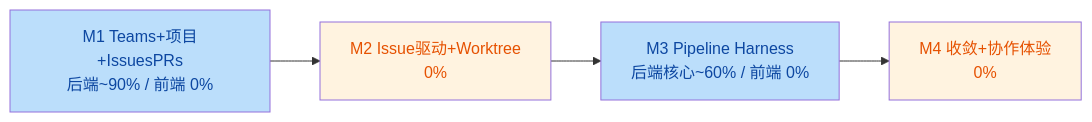
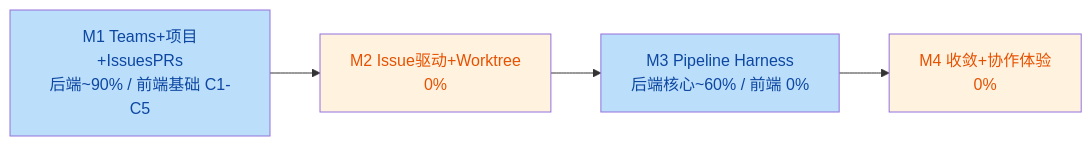
The diagram in docs/team-collaboration/PROGRESS.md (DarwinWDEWEN/rx-cli), drawn with Mermaid before and after one commit. The commit also changed other lines of this file, not shown here.

````diff
--- a/docs/team-collaboration/PROGRESS.md
+++ b/docs/team-collaboration/PROGRESS.md
@@ -10,10 +10,10 @@
 ```mermaid
 flowchart LR
-    M1[M1 Teams+项目+IssuesPRs<br/>后端~90% / 前端 0%] --> M2[M2 Issue驱动+Worktree<br/>0%]
+    M1[M1 Teams+项目+IssuesPRs<br/>后端~90% / 前端基础 C1-C5] --> M2[M2 Issue驱动+Worktree<br/>0%]
     M2 --> M3[M3 Pipeline Harness<br/>后端核心~60% / 前端 0%]
     M3 --> M4[M4 收敛+协作体验<br/>0%]
     style M1 fill:#bbdefb,color:#0d47a1
     style M2 fill:#fff3e0,color:#e65100
     style M3 fill:#bbdefb,color:#0d47a1
     style M4 fill:#fff3e0,color:#e65100
 ```
````
